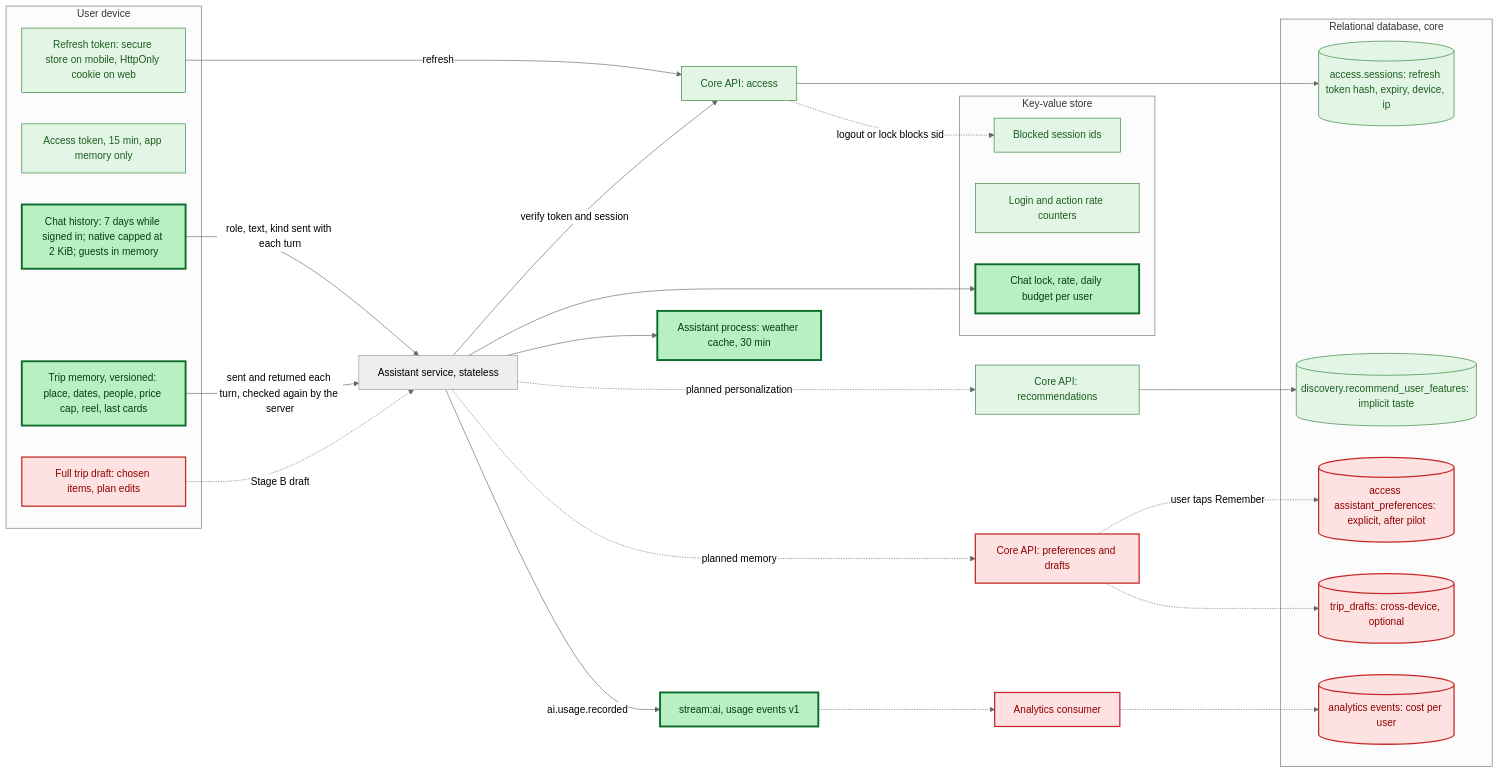
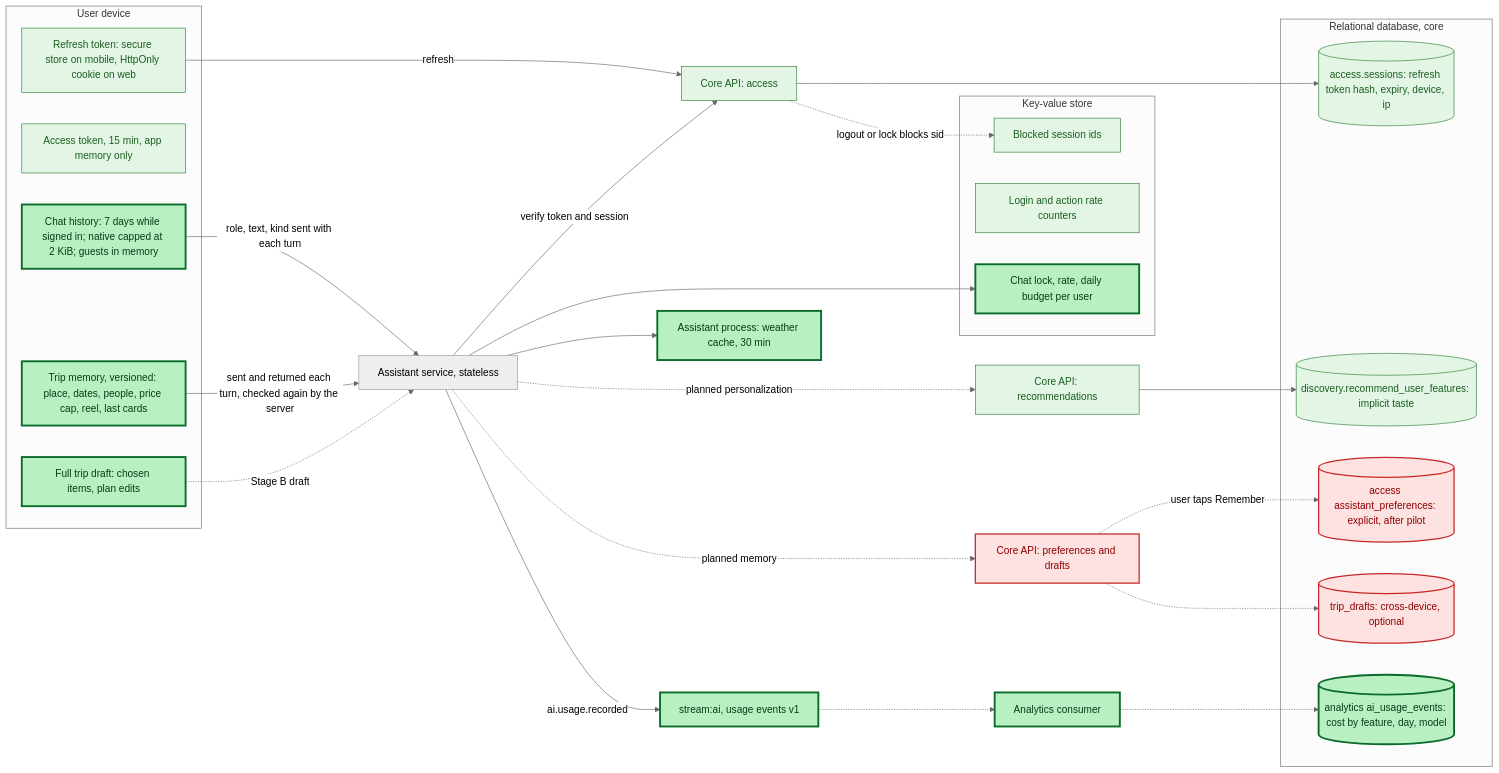
Before and after one commit to Sukemcute/tripflix-ai: the fifth of 5 diagrams in docs/architecture/tripi-agent-kien-truc-chi-tiet.md, drawn with Mermaid (neutral theme). The commit also changed other lines of this file and 3 other files, not shown here.

First line of the commit message:
docs(architecture): kiến trúc Tripi v1.0 sau Giai đoạn A và B

````diff
--- a/docs/architecture/tripi-agent-kien-truc-chi-tiet.md
+++ b/docs/architecture/tripi-agent-kien-truc-chi-tiet.md
@@ -437,56 +441,56 @@
 ```mermaid
 flowchart LR
 classDef built fill:#b9f0c2,stroke:#0b6b2b,color:#053d17,stroke-width:3px
 classDef partbuilt fill:#e4f7d2,stroke:#0b6b2b,color:#053d17,stroke-width:2px,stroke-dasharray:4 2
 classDef exists fill:#e3f6e5,stroke:#2e7d32,color:#1b5e20
 classDef missing fill:#fde2e1,stroke:#c62828,color:#8e0000,stroke-width:2px
 
 subgraph DEV["User device"]
   D1["Refresh token: secure store on mobile, HttpOnly cookie on web"]:::exists
   D2["Access token, 15 min, app memory only"]:::exists
   D3["Chat history: 7 days while signed in; native capped at 2 KiB; guests in memory"]:::built
   D4["Trip memory, versioned: place, dates, people, price cap, reel, last cards"]:::built
-  D5["Full trip draft: chosen items, plan edits"]:::missing
+  D5["Full trip draft: chosen items, plan edits"]:::built
 end
 
 subgraph KVS["Key-value store"]
   R1["Blocked session ids"]:::exists
   R2["Login and action rate counters"]:::exists
   R3["Chat lock, rate, daily budget per user"]:::built
   end
 
 R4["Assistant process: weather cache, 30 min"]:::built
 
 subgraph RDB["Relational database, core"]
   P1[("access.sessions: refresh token hash, expiry, device, ip")]:::exists
   P2[("discovery.recommend_user_features: implicit taste")]:::exists
   P3[("access assistant_preferences: explicit, after pilot")]:::missing
   P4[("trip_drafts: cross-device, optional")]:::missing
-  P5[("analytics events: cost per user")]:::missing
+  P5[("analytics ai_usage_events: cost by feature, day, model")]:::built
 end
 
 AIS["Assistant service, stateless"]
 COREAUTH["Core API: access"]:::exists
 COREREC["Core API: recommendations"]:::exists
 COREMEM["Core API: preferences and drafts"]:::missing
 USAGE["stream:ai, usage events v1"]:::built
-ANALYTICS["Analytics consumer"]:::missing
+ANALYTICS["Analytics consumer"]:::built
 
 D1 -->|"refresh"| COREAUTH
 COREAUTH --> P1
 COREAUTH -.->|"logout or lock blocks sid"| R1
 D3 -->|"role, text, kind sent with each turn"| AIS
 D4 -->|"sent and returned each turn, checked again by the server"| AIS
 D5 -.->|"Stage B draft"| AIS
 AIS -->|"verify token and session"| COREAUTH
 AIS --> R3
 AIS --> R4
 AIS -.->|"planned personalization"| COREREC
 COREREC --> P2
 AIS -.->|"planned memory"| COREMEM
 COREMEM -.->|"user taps Remember"| P3
 COREMEM -.-> P4
 AIS -->|"ai.usage.recorded"| USAGE
 USAGE -.-> ANALYTICS
 ANALYTICS -.-> P5
 ```
````
